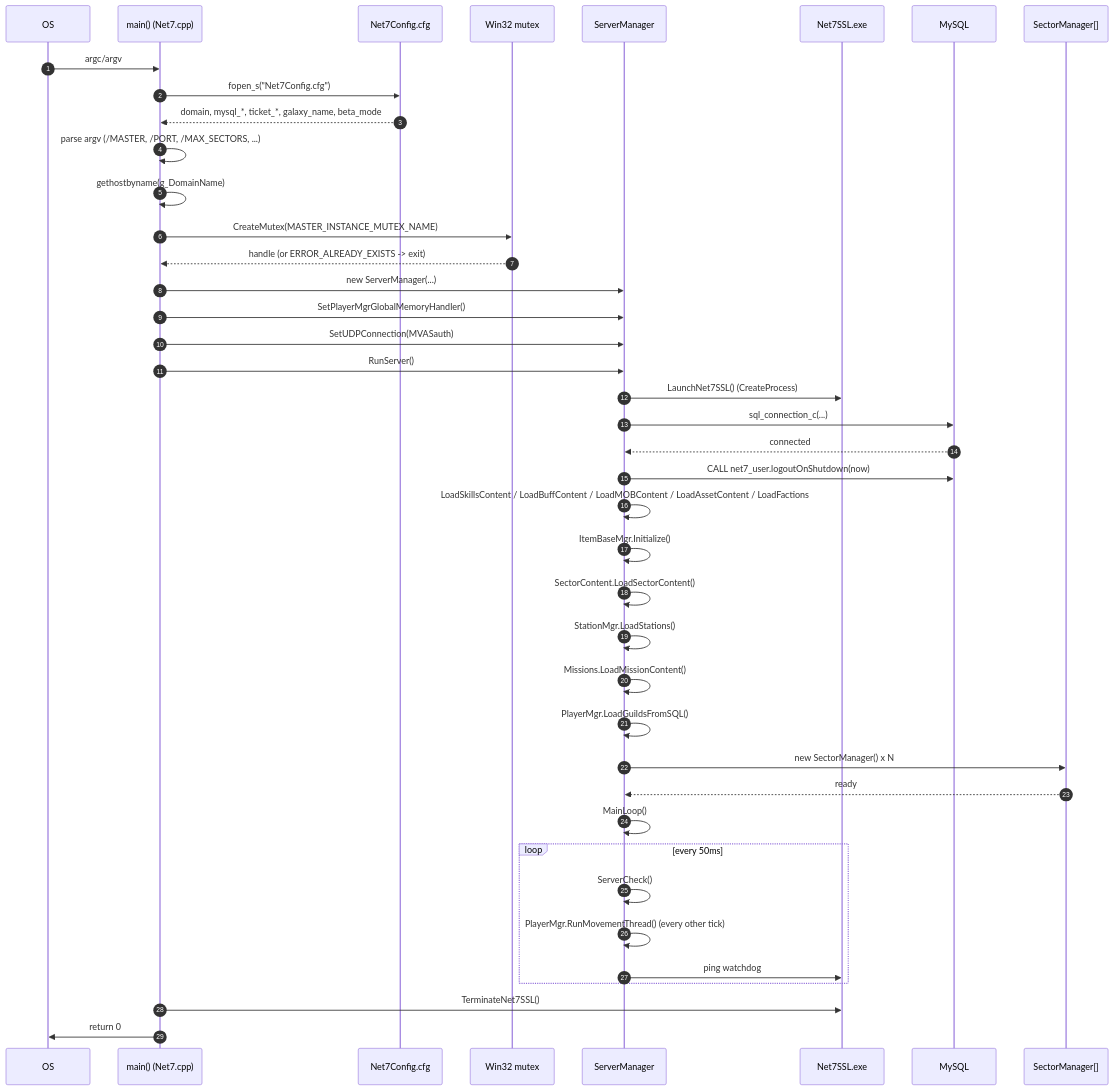
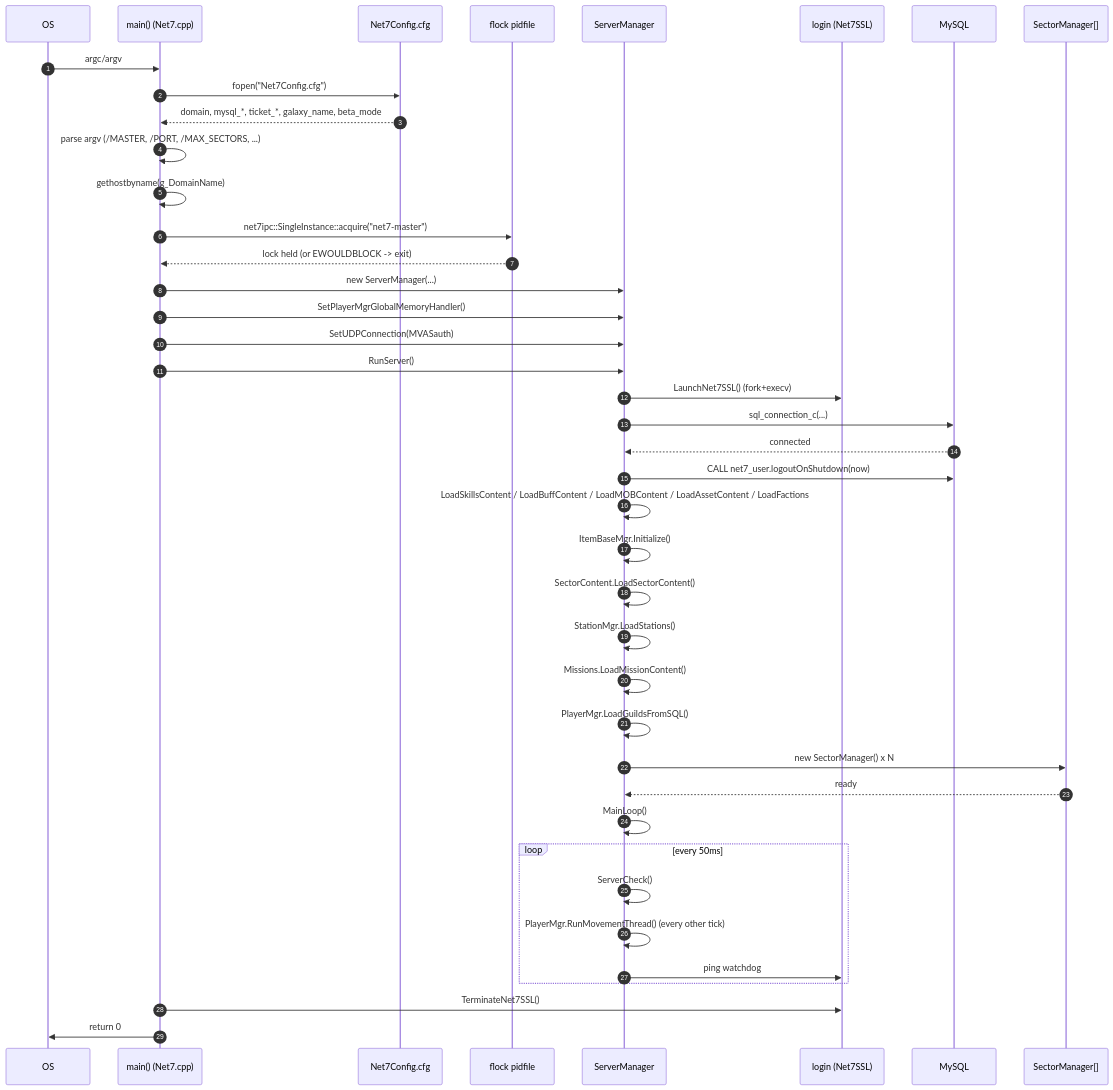
One commit to sigseg1v/enb-emulator changed the first of 2 diagrams in docs/02-architecture.md. Above: the diagram before and after it, drawn with Mermaid. The commit also changed other lines of this file and 15 other files, not shown here.

````diff
--- a/docs/02-architecture.md
+++ b/docs/02-architecture.md
@@ -124,44 +130,44 @@
 ```mermaid
 sequenceDiagram
     autonumber
     participant OS
     participant main as main() (Net7.cpp)
     participant cfg as Net7Config.cfg
-    participant Mutex as Win32 mutex
+    participant Lock as flock pidfile
     participant SM as ServerManager
-    participant SSL as Net7SSL.exe
+    participant SSL as login (Net7SSL)
     participant MySQL as MySQL
     participant SecMgrs as SectorManager[]
 
     OS->>main: argc/argv
-    main->>cfg: fopen_s("Net7Config.cfg")
+    main->>cfg: fopen("Net7Config.cfg")
     cfg-->>main: domain, mysql_*, ticket_*, galaxy_name, beta_mode
     main->>main: parse argv (/MASTER, /PORT, /MAX_SECTORS, ...)
     main->>main: gethostbyname(g_DomainName)
-    main->>Mutex: CreateMutex(MASTER_INSTANCE_MUTEX_NAME)
-    Mutex-->>main: handle (or ERROR_ALREADY_EXISTS -> exit)
+    main->>Lock: net7ipc::SingleInstance::acquire("net7-master")
+    Lock-->>main: lock held (or EWOULDBLOCK -> exit)
     main->>SM: new ServerManager(...)
     main->>SM: SetPlayerMgrGlobalMemoryHandler()
     main->>SM: SetUDPConnection(MVASauth)
     main->>SM: RunServer()
-    SM->>SSL: LaunchNet7SSL() (CreateProcess)
+    SM->>SSL: LaunchNet7SSL() (fork+execv)
     SM->>MySQL: sql_connection_c(...)
     MySQL-->>SM: connected
     SM->>MySQL: CALL net7_user.logoutOnShutdown(now)
     SM->>SM: LoadSkillsContent / LoadBuffContent / LoadMOBContent / LoadAssetContent / LoadFactions
     SM->>SM: ItemBaseMgr.Initialize()
     SM->>SM: SectorContent.LoadSectorContent()
     SM->>SM: StationMgr.LoadStations()
     SM->>SM: Missions.LoadMissionContent()
     SM->>SM: PlayerMgr.LoadGuildsFromSQL()
     SM->>SecMgrs: new SectorManager() x N
     SecMgrs-->>SM: ready
     SM->>SM: MainLoop()
     loop every 50ms
         SM->>SM: ServerCheck()
         SM->>SM: PlayerMgr.RunMovementThread() (every other tick)
         SM->>SSL: ping watchdog
     end
     main->>SSL: TerminateNet7SSL()
     main->>OS: return 0
 ```
````
